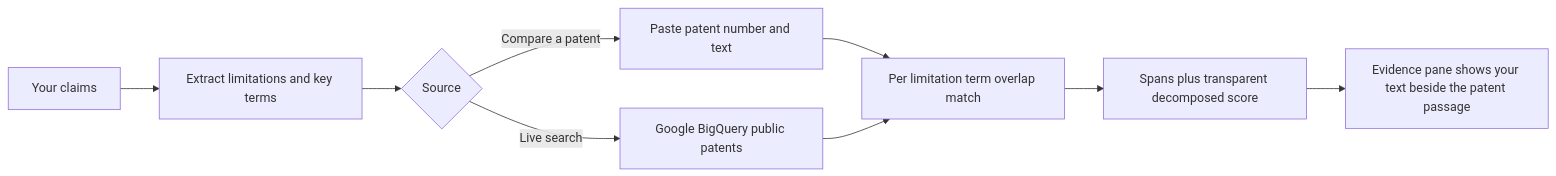
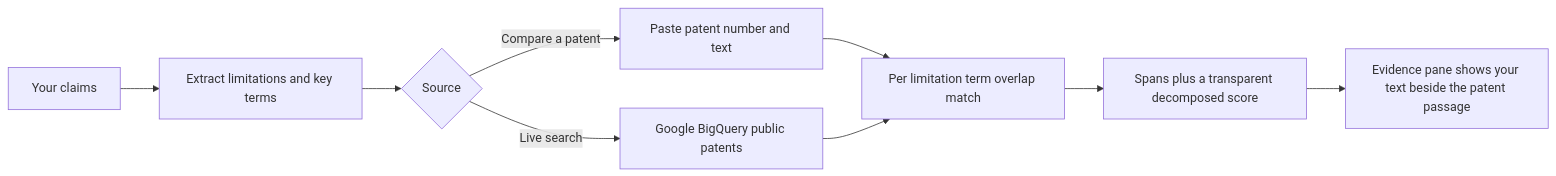
The first of 4 diagrams in README.md (aaravmin/Pincite), drawn with Mermaid before and after one commit. The commit also changed other lines of this file and 32 other files, not shown here.

````diff
--- a/README.md
+++ b/README.md
@@ -41,11 +89,11 @@
 ```mermaid
 flowchart LR
   A[Your claims] --> B[Extract limitations and key terms]
   B --> C{Source}
   C -->|Compare a patent| D[Paste patent number and text]
   C -->|Live search| E[Google BigQuery public patents]
   D --> F[Per limitation term overlap match]
   E --> F
-  F --> G[Spans plus transparent decomposed score]
+  F --> G[Spans plus a transparent decomposed score]
   G --> H[Evidence pane shows your text beside the patent passage]
 ```
````
